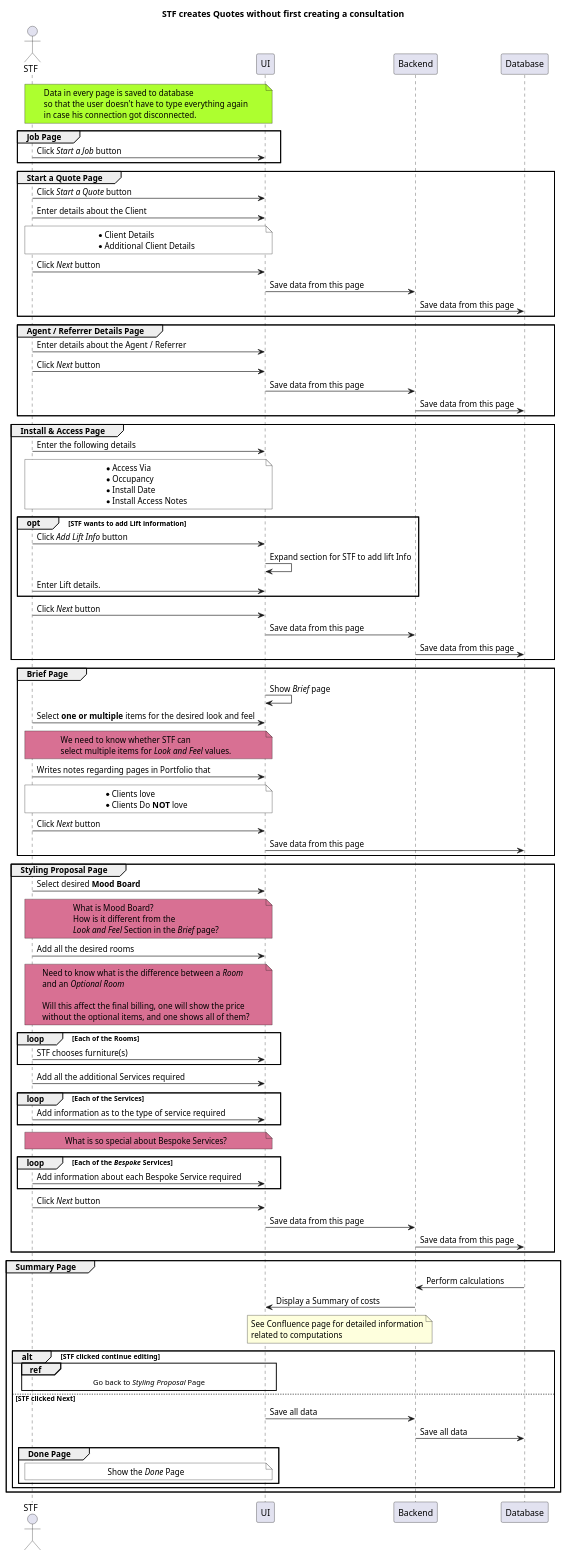
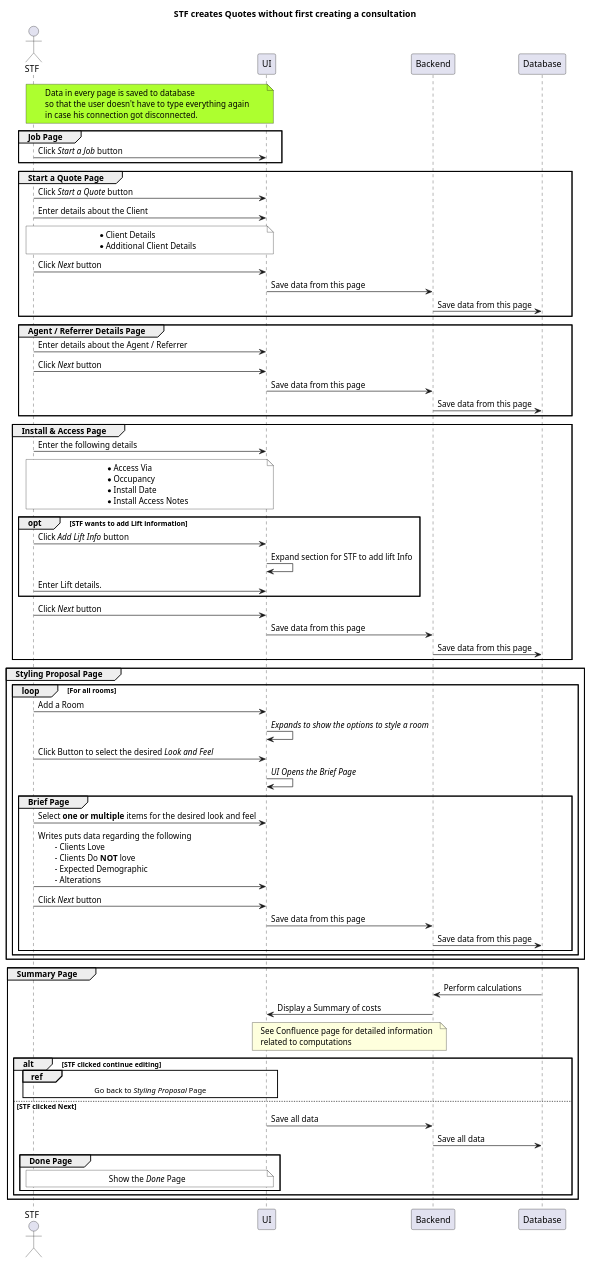
Before and after one commit to jpgacrama/NovariSpecs: the diagram in STF/STF_CreateQuote_withoutConsultationFirst.pu, drawn with PlantUML.

Commit message:
master: Changed the order of selecting the desired look and feel
Selecting the look and feel is now done PER room

```diff
--- a/STF/STF_CreateQuote_withoutConsultationFirst.pu
+++ b/STF/STF_CreateQuote_withoutConsultationFirst.pu
@@ -3,146 +3,105 @@
 @startuml
 
     title STF creates Quotes without first creating a consultation
     
     actor "STF" as STF
     participant "UI" as UI
     participant "Backend" as Backend
     participant "Database" as Database
 
     note over STF, UI #GreenYellow
         Data in every page is saved to database
         so that the user doesn't have to type everything again
         in case his connection got disconnected.
     end note
 
     group Job Page 
         STF  -> UI: Click //Start a Job// button
     end group
     
     group Start a Quote Page
         STF -> UI: Click //Start a Quote// button
         STF -> UI: Enter details about the Client
 
         note over STF, UI #White
             * Client Details
             * Additional Client Details
         end note
 
         STF -> UI: Click //Next// button
         UI -> Backend: Save data from this page
         Backend -> Database: Save data from this page
     end group
 
     group Agent / Referrer Details Page
         STF -> UI: Enter details about the Agent / Referrer
         STF -> UI: Click //Next// button
         UI -> Backend: Save data from this page
         Backend -> Database: Save data from this page
     end group
 
     group Install & Access Page
         STF -> UI: Enter the following details
         note over STF, UI #White
             * Access Via
             * Occupancy 
             * Install Date
             * Install Access Notes
         end note
 
         opt STF wants to add Lift information
             STF -> UI: Click //Add Lift Info// button 
             UI -> UI: Expand section for STF to add lift Info
             STF -> UI: Enter Lift details.
         end
 
         STF -> UI: Click //Next// button
         UI -> Backend: Save data from this page
         Backend -> Database: Save data from this page
     end group
 
-    group Brief Page
-        UI -> UI: Show //Brief// page
-        STF -> UI: Select **one or multiple** items for the desired look and feel
+    group Styling Proposal Page
+        loop For all rooms
+            STF -> UI: Add a Room
+            UI -> UI: //Expands to show the options to style a room//
+            STF -> UI: Click Button to select the desired //Look and Feel//
+            UI -> UI: //UI Opens the Brief Page//
 
-        note over STF, UI #PaleVioletRed
-            We need to know whether STF can
-            select multiple items for //Look and Feel// values.
-        end note
-        
-        STF -> UI: Writes notes regarding pages in Portfolio that
-        note over STF, UI #White
-            * Clients love
-            * Clients Do **NOT** love
-        end note
+            group Brief Page
+                STF -> UI: Select **one or multiple** items for the desired look and feel
+                STF -> UI: Writes puts data regarding the following\n\t- Clients Love\n\t- Clients Do **NOT** love\n\t- Expected Demographic\n\t- Alterations
+                STF -> UI: Click //Next// button
+                UI -> Backend: Save data from this page
+                Backend -> Database: Save data from this page
+            end group
 
-        STF -> UI: Click //Next// button
-        UI -> Database: Save data from this page
+
+        end loop
     end group
 
-    group Styling Proposal Page
-        STF -> UI: Select desired **Mood Board**
-
-        note over STF, UI #PaleVioletRed
-            What is Mood Board?
-            How is it different from the
-            //Look and Feel// Section in the //Brief// page?
-        end note
-
-        STF -> UI: Add all the desired rooms
-
-        note over STF, UI #PaleVioletRed
-            Need to know what is the difference between a //Room// 
-            and an //Optional Room//
-
-            Will this affect the final billing, one will show the price 
-            without the optional items, and one shows all of them?
-        end note
-
-        loop Each of the Rooms
-            STF -> UI: STF chooses furniture(s)
-        end
-
-        STF -> UI: Add all the additional Services required
-
-        loop Each of the Services
-            STF -> UI: Add information as to the type of service required
-        end
-
-        note over STF, UI #PaleVioletRed
-            What is so special about Bespoke Services?
-        end note
-
-        loop Each of the //Bespoke// Services
-            STF -> UI: Add information about each Bespoke Service required
-        end note
-
-        STF -> UI: Click //Next// button
-        UI -> Backend: Save data from this page
-        Backend -> Database: Save data from this page
-    end group
 
     group Summary Page
         Database -> Backend: Perform calculations
         Backend -> UI: Display a Summary of costs
 
         note over UI, Backend
             See Confluence page for detailed information
             related to computations
         end note
 
         alt STF clicked continue editing
             ref over STF, UI
                 Go back to //Styling Proposal// Page
             end ref
         else STF clicked Next
             UI -> Backend: Save all data
             Backend -> Database: Save all data
             group Done Page
                 note over STF, UI #White
                     Show the //Done// Page
                 end note
             end group
         end
     end group
     
 @enduml
```
